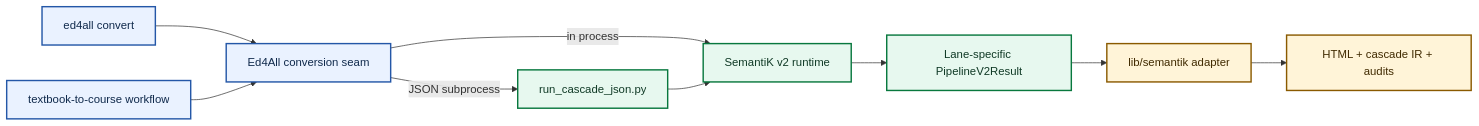
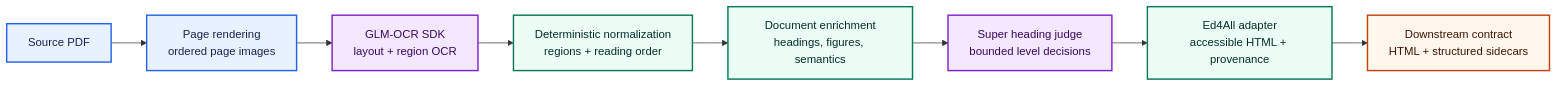
One commit to mdmurphy822/Ed4All changed the first of 4 diagrams in SemantiK/architecture.md. Above: the diagram before and after it, drawn with Mermaid. The commit also changed other lines of this file and 1 other file, not shown here.

Commit message:
docs(semantik): rebuild public product architecture

````diff
--- a/SemantiK/architecture.md
+++ b/SemantiK/architecture.md
@@ -33,18 +28,19 @@
 ```mermaid
 flowchart LR
-    cli["ed4all convert"] --> seam["Ed4All conversion seam"]
-    workflow["textbook-to-course workflow"] --> seam
-    seam -->|in process| cascade["SemantiK v2 runtime"]
-    seam -->|JSON subprocess| bridge["run_cascade_json.py"]
-    bridge --> cascade
-    cascade --> result["Lane-specific PipelineV2Result"]
-    result --> adapter["lib/semantik adapter"]
-    adapter --> artifacts["HTML + cascade IR + audits"]
+    PDF["Source PDF"] --> RENDER["Page rendering<br/>ordered page images"]
+    RENDER --> SDK["GLM-OCR SDK<br/>layout + region OCR"]
+    SDK --> NORMALIZE["Deterministic normalization<br/>regions + reading order"]
+    NORMALIZE --> ENRICH["Document enrichment<br/>headings, figures, semantics"]
+    ENRICH --> JUDGE["Super heading judge<br/>bounded level decisions"]
+    JUDGE --> ADAPTER["Ed4All adapter<br/>accessible HTML + provenance"]
+    ADAPTER --> ARTIFACTS["Downstream contract<br/>HTML + structured sidecars"]
 
-    classDef entry fill:#EAF2FF,stroke:#2457A7,color:#102A4C,stroke-width:2px;
-    classDef runtime fill:#E7F8EF,stroke:#08783E,color:#103A26,stroke-width:2px;
-    classDef contract fill:#FFF4D8,stroke:#8A5A00,color:#402A00,stroke-width:2px;
-    class cli,workflow,seam entry;
-    class bridge,cascade,result runtime;
-    class adapter,artifacts contract;
+    classDef source fill:#E8F1FF,stroke:#2563EB,color:#172554,stroke-width:2px;
+    classDef model fill:#F3E8FF,stroke:#7E22CE,color:#3B0764,stroke-width:2px;
+    classDef deterministic fill:#ECFDF5,stroke:#047857,color:#052E2B,stroke-width:2px;
+    classDef output fill:#FFF7ED,stroke:#C2410C,color:#431407,stroke-width:2px;
+    class PDF,RENDER source;
+    class SDK,JUDGE model;
+    class NORMALIZE,ENRICH,ADAPTER deterministic;
+    class ARTIFACTS output;
 ```
````
